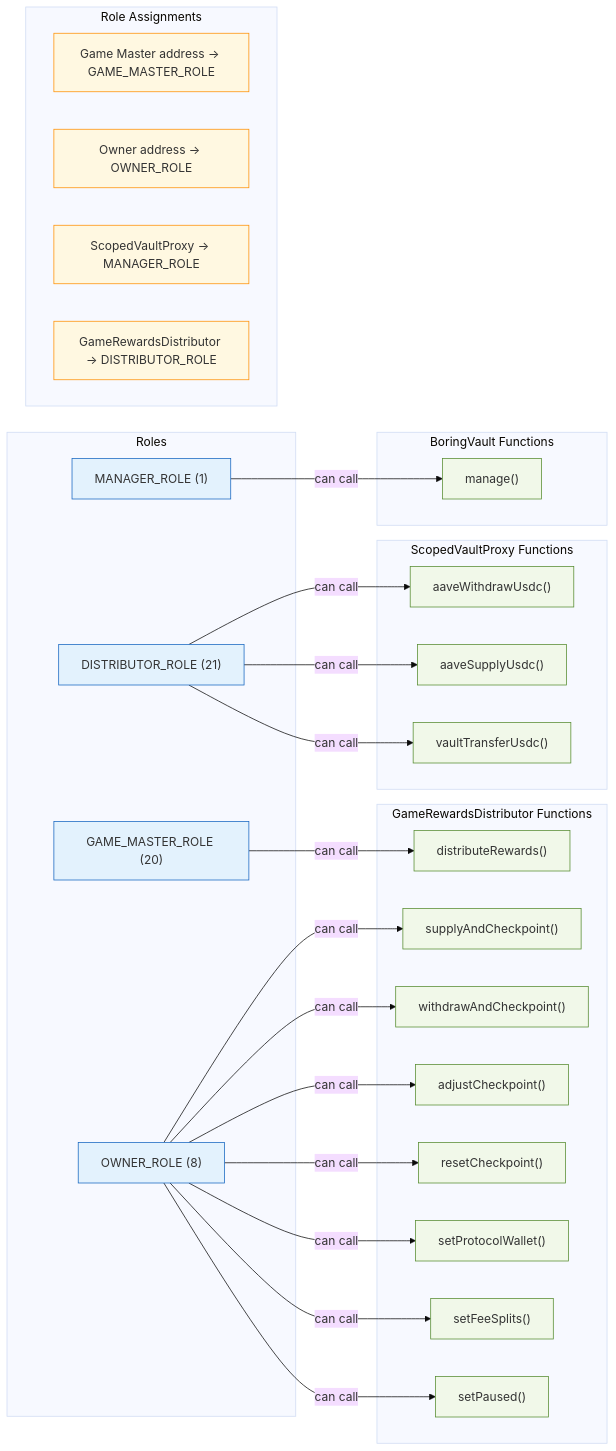
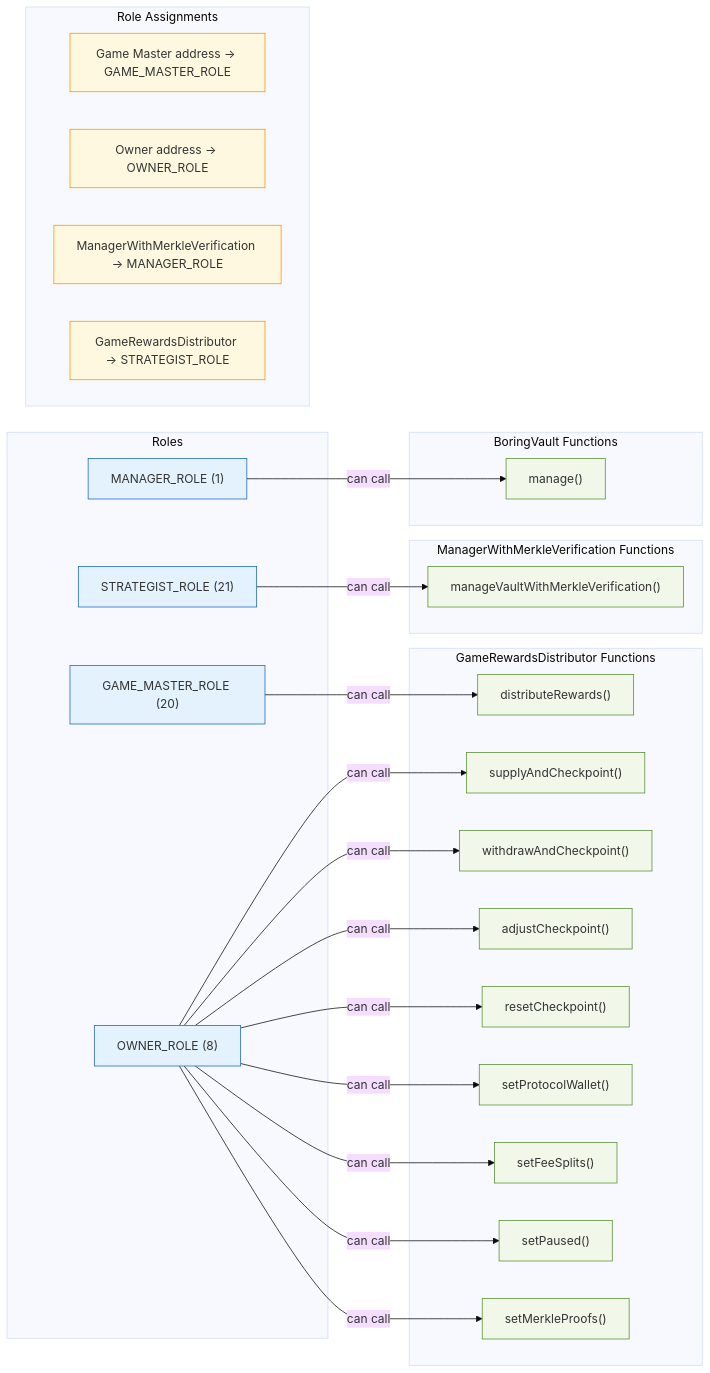
Before and after one commit to corbinpage/clawtogether-contracts: the sixth of 7 diagrams in docs/architecture.md, drawn with Mermaid (base theme). The commit also changed other lines of this file and 4 other files, not shown here.

Commit message:
Rename gyvUSDC to clawUSDC and update docs for ManagerWithMerkleVerification

````diff
--- a/docs/architecture.md
+++ b/docs/architecture.md
@@ -197,61 +225,59 @@
 ```mermaid
 graph LR
     subgraph Roles
         GMR["GAME_MASTER_ROLE (20)"]
         OWR["OWNER_ROLE (8)"]
         MGR["MANAGER_ROLE (1)"]
-        DISTR["DISTRIBUTOR_ROLE (21)"]
+        STRAT["STRATEGIST_ROLE (21)"]
     end
 
     subgraph "GameRewardsDistributor Functions"
         DR["distributeRewards()"]
         SAC["supplyAndCheckpoint()"]
         WAC["withdrawAndCheckpoint()"]
         AC["adjustCheckpoint()"]
         RC["resetCheckpoint()"]
         SPW["setProtocolWallet()"]
         SFS["setFeeSplits()"]
         SP["setPaused()"]
+        SMP["setMerkleProofs()"]
     end
 
-    subgraph "ScopedVaultProxy Functions"
-        AWU["aaveWithdrawUsdc()"]
-        ASU["aaveSupplyUsdc()"]
-        VTU["vaultTransferUsdc()"]
+    subgraph "ManagerWithMerkleVerification Functions"
+        MVM["manageVaultWithMerkleVerification()"]
     end
 
     subgraph "BoringVault Functions"
         MNG["manage()"]
     end
 
     GMR -->|"can call"| DR
     OWR -->|"can call"| SAC
     OWR -->|"can call"| WAC
     OWR -->|"can call"| AC
     OWR -->|"can call"| RC
     OWR -->|"can call"| SPW
     OWR -->|"can call"| SFS
     OWR -->|"can call"| SP
+    OWR -->|"can call"| SMP
 
-    DISTR -->|"can call"| AWU
-    DISTR -->|"can call"| ASU
-    DISTR -->|"can call"| VTU
+    STRAT -->|"can call"| MVM
 
     MGR -->|"can call"| MNG
 
     subgraph "Role Assignments"
         direction LR
         A1["Game Master address → GAME_MASTER_ROLE"]
         A2["Owner address → OWNER_ROLE"]
-        A3["ScopedVaultProxy → MANAGER_ROLE"]
-        A4["GameRewardsDistributor → DISTRIBUTOR_ROLE"]
+        A3["ManagerWithMerkleVerification → MANAGER_ROLE"]
+        A4["GameRewardsDistributor → STRATEGIST_ROLE"]
     end
 
     classDef role fill:#e3f2fd,stroke:#1565c0
     classDef func fill:#f1f8e9,stroke:#558b2f
     classDef assignment fill:#fff8e1,stroke:#ff8f00
 
-    class GMR,OWR,MGR,DISTR role
-    class DR,SAC,WAC,AC,RC,SPW,SFS,SP,AWU,ASU,VTU,MNG func
+    class GMR,OWR,MGR,STRAT role
+    class DR,SAC,WAC,AC,RC,SPW,SFS,SP,SMP,MVM,MNG func
     class A1,A2,A3,A4 assignment
 ```
````
